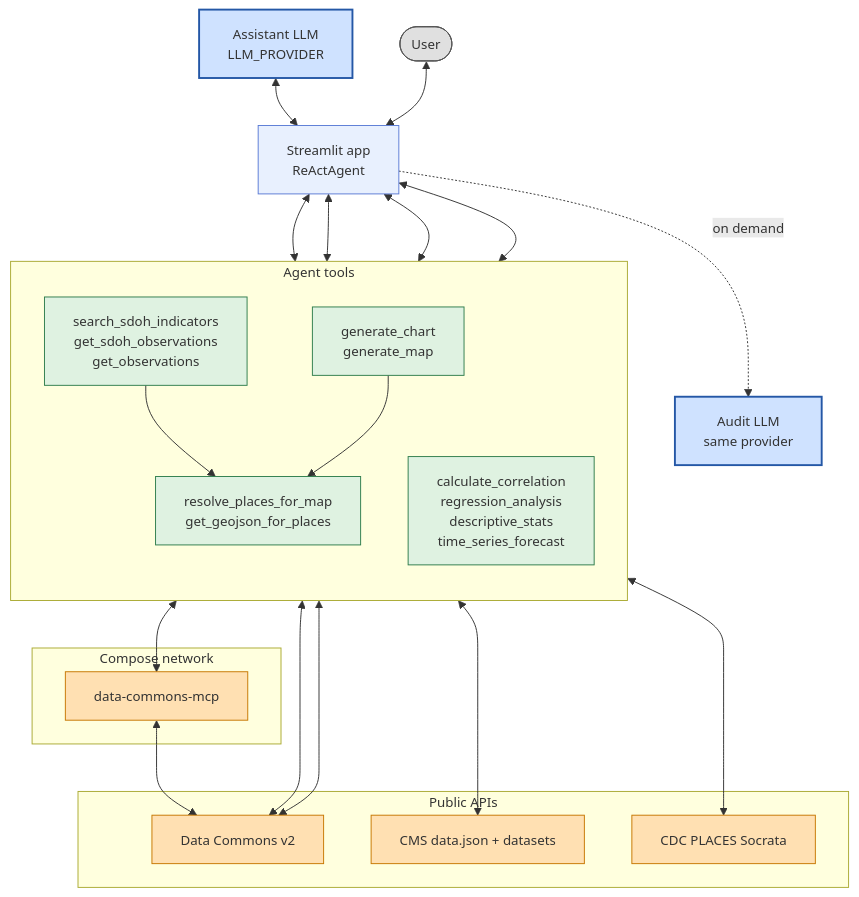
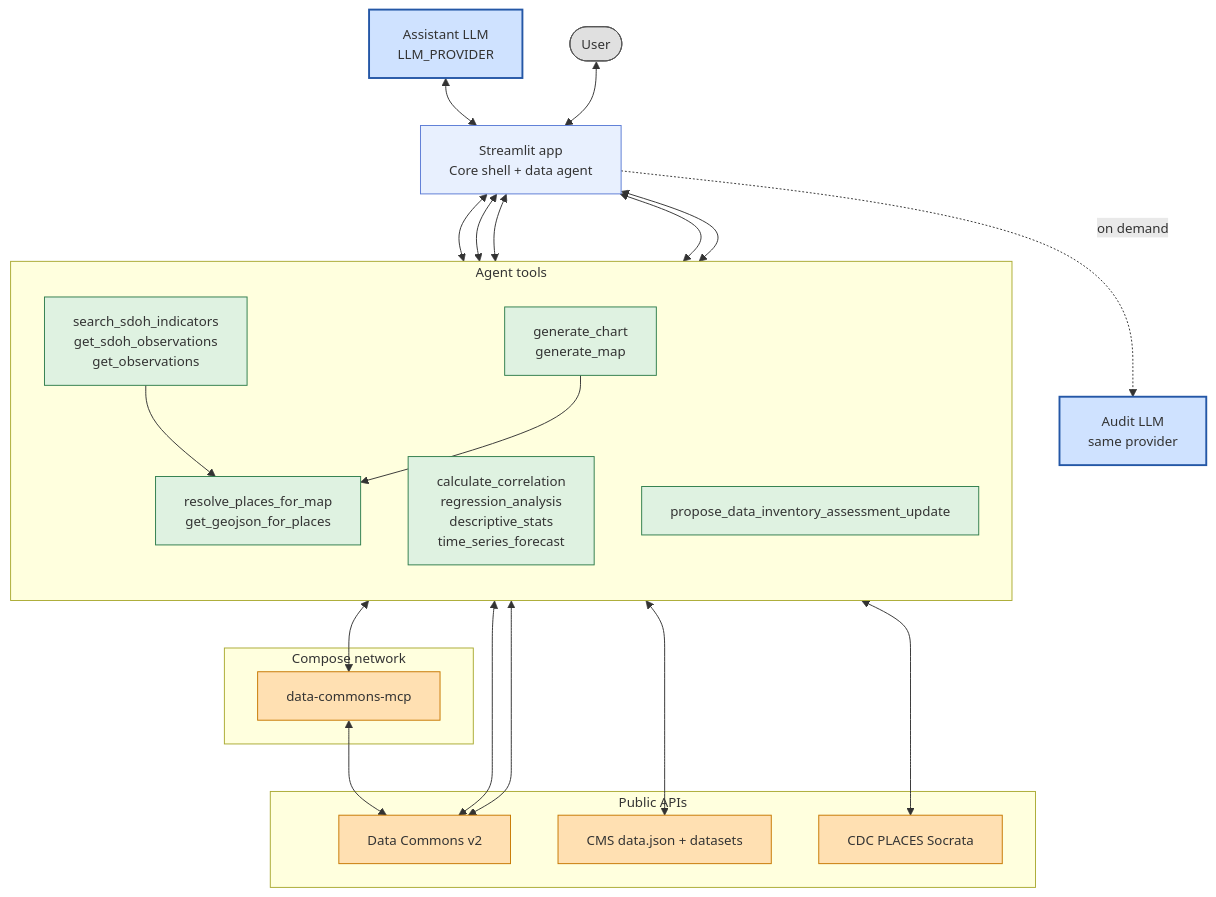
Before and after one commit to SocialHealthAI/SDoH-Public-Data-Assistant: the second of 2 diagrams in documentation/architecture.md, drawn with Mermaid. The commit also changed other lines of this file and 26 other files, not shown here.

Commit message:
Let practitioners attach findings to a shared requirements file and restore Data Commons search.

````diff
--- a/documentation/architecture.md
+++ b/documentation/architecture.md
@@ -39,65 +39,67 @@
 ```mermaid
 %%{init: {
   "themeVariables": {
     "fontSize": "14px",
     "nodeSpacing": 28,
     "rankSpacing": 50
   }
 }}%%
 graph TB
 
 AssistantLLM["Assistant LLM<br/>LLM_PROVIDER"]
-App["Streamlit app<br/>ReActAgent"]
+App["Streamlit app<br/>Core shell + data agent"]
 AuditLLM["Audit LLM<br/>same provider"]
 
 AssistantLLM <--> App
 App -.->|"on demand"| AuditLLM
 
 User(["User"])
 User <--> App
 
 subgraph Tools["Agent tools"]
   direction TB
   SearchObs["search_sdoh_indicators<br/>get_sdoh_observations<br/>get_observations"]
   PlacesGeo["resolve_places_for_map<br/>get_geojson_for_places"]
   Stats["calculate_correlation<br/>regression_analysis<br/>descriptive_stats<br/>time_series_forecast"]
   Viz["generate_chart<br/>generate_map"]
+  Doc["propose_data_inventory_assessment_update"]
 end
 
 App <--> SearchObs
 App <--> PlacesGeo
 App <--> Stats
 App <--> Viz
+App <--> Doc
 
 subgraph Local["Compose network"]
   MCPNode["data-commons-mcp"]
 end
 
 subgraph External["Public APIs"]
   DCAPI2["Data Commons v2"]
   CMSAPI["CMS data.json + datasets"]
   PLACESAPI["CDC PLACES Socrata"]
 end
 
 SearchObs <--> MCPNode
 SearchObs <--> CMSAPI
 SearchObs <--> PLACESAPI
 SearchObs <--> DCAPI2
 PlacesGeo <--> DCAPI2
 SearchObs --> PlacesGeo
 Viz --> PlacesGeo
 
 MCPNode <--> DCAPI2
 
 classDef user fill:#E0E0E0,stroke:#555,stroke-width:1px;
 classDef app fill:#E8F0FE,stroke:#5B7BD5,stroke-width:1px;
 classDef llm fill:#CFE2FF,stroke:#2457A6,stroke-width:2px;
 classDef tools fill:#DFF2E1,stroke:#2F7D4C,stroke-width:1px;
 classDef data fill:#FFE0B2,stroke:#C77700,stroke-width:1px;
 
 class User user;
 class App app;
 class AssistantLLM,AuditLLM llm;
-class SearchObs,PlacesGeo,Stats,Viz tools;
+class SearchObs,PlacesGeo,Stats,Viz,Doc tools;
 class MCPNode,DCAPI2,CMSAPI,PLACESAPI data;
 ```
````
